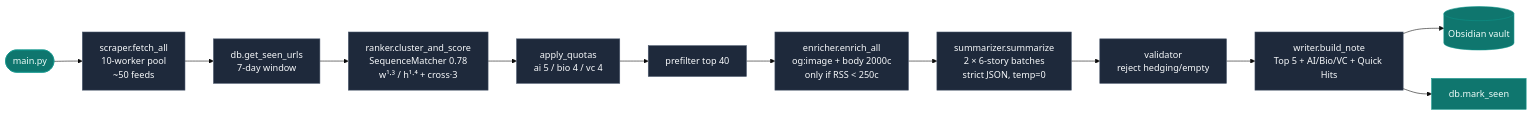
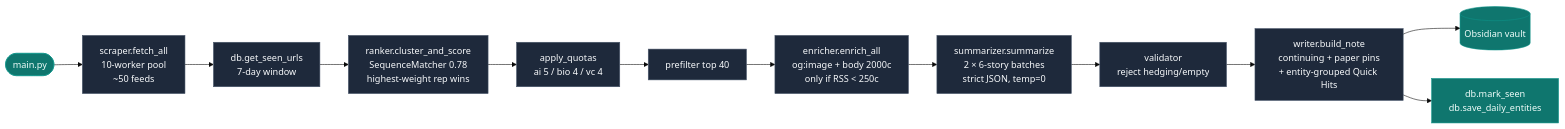
Before and after one commit to Kartha-33/TechBriefer: the diagram in README.md, drawn with Mermaid (base theme). The commit also changed other lines of this file and 4 other files, not shown here.

First line of the commit message:
feat: continuing-stories block, paper pins, entity-grouped Quick Hits, cluster dedup

````diff
--- a/README.md
+++ b/README.md
@@ -39,19 +57,19 @@
 ```mermaid
 flowchart LR
     A([main.py]) --> B[scraper.fetch_all<br/>10-worker pool<br/>~50 feeds]
     B --> C[db.get_seen_urls<br/>7-day window]
-    C --> D[ranker.cluster_and_score<br/>SequenceMatcher 0.78<br/>w¹·³ / h¹·⁴ + cross·3]
+    C --> D[ranker.cluster_and_score<br/>SequenceMatcher 0.78<br/>highest-weight rep wins]
     D --> E[apply_quotas<br/>ai 5 / bio 4 / vc 4]
     E --> F[prefilter top 40]
     F --> G[enricher.enrich_all<br/>og:image + body 2000c<br/>only if RSS &lt; 250c]
     G --> H[summarizer.summarize<br/>2 × 6-story batches<br/>strict JSON, temp=0]
     H --> I[validator<br/>reject hedging/empty]
-    I --> J[writer.build_note<br/>Top 5 + AI/Bio/VC + Quick Hits]
+    I --> J[writer.build_note<br/>continuing + paper pins<br/>+ entity-grouped Quick Hits]
     J --> K[(Obsidian vault)]
-    J --> L[db.mark_seen]
+    J --> L[db.mark_seen<br/>db.save_daily_entities]
 
     classDef stage fill:#1e293b,stroke:#475569,color:#f8fafc
     classDef io fill:#0f766e,stroke:#0d9488,color:#f0fdfa
     class B,C,D,E,F,G,H,I,J stage
     class A,K,L io
 ```
````
